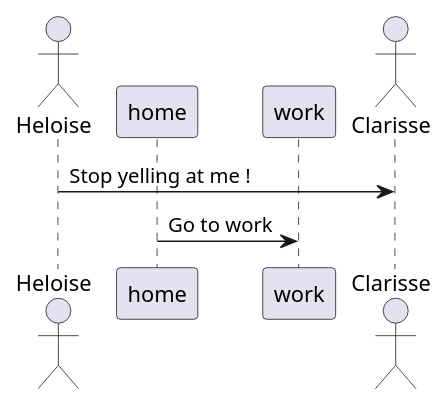
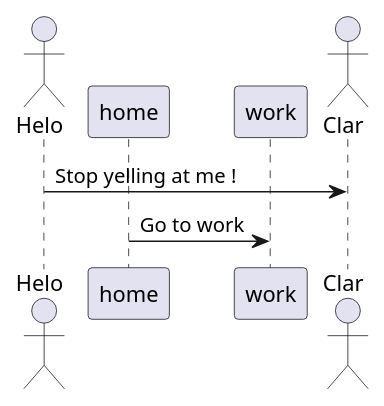
One commit to jdarrort/karchnoe changed the diagram in test2.puml. Above: the diagram before and after it, drawn with PlantUML. The commit also changed 9 other files, not shown here.

```diff
--- a/test2.puml
+++ b/test2.puml
@@ -1,10 +1,10 @@
 @startuml
-actor "Heloise" as hel
+actor "Helo" as hel
 participant home
 participant work
-actor "Clarisse" as cla
+actor "Clar" as cla
 
 hel -> cla : Stop yelling at me !
 home -> work : Go to work
 
 @enduml
```
